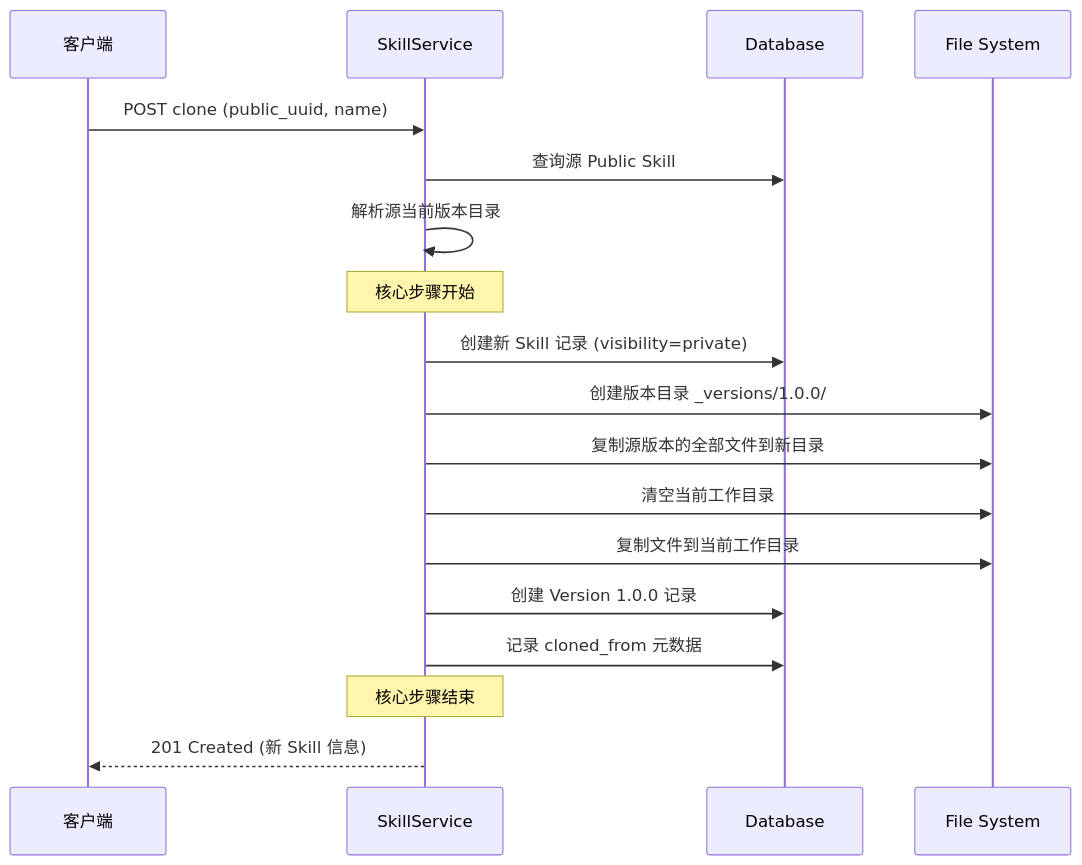
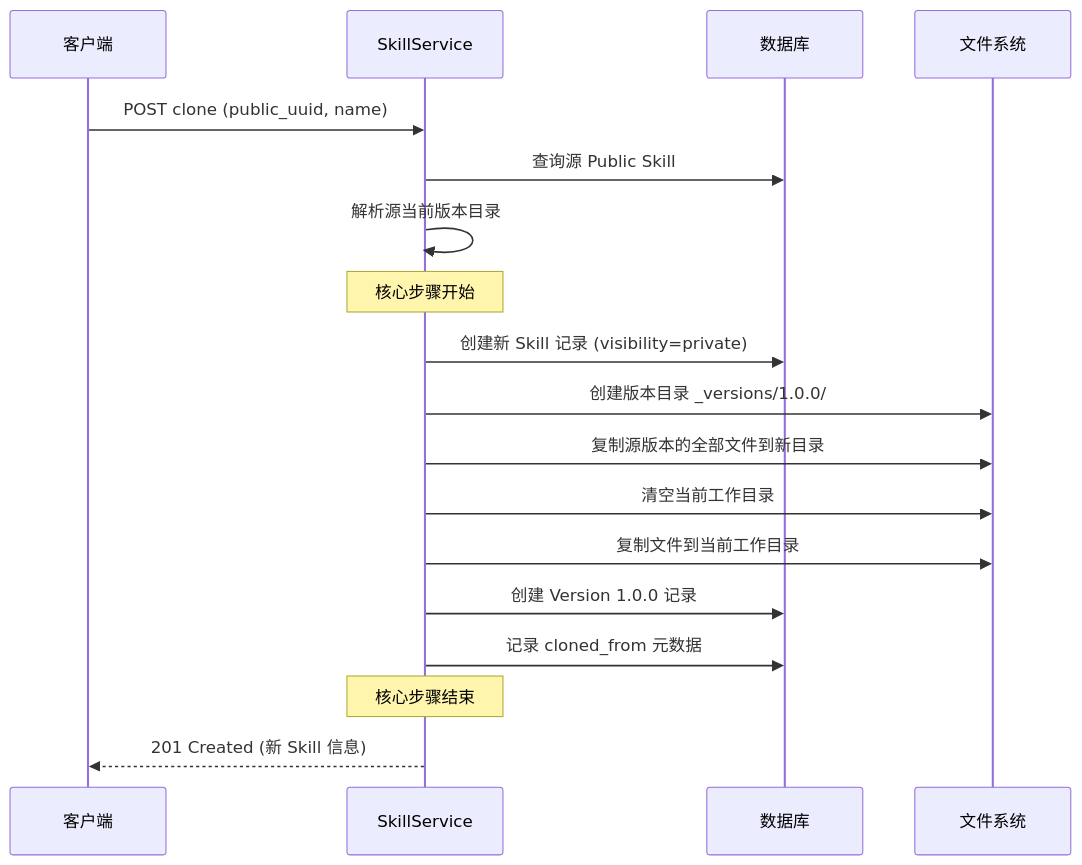
Before and after one commit to jiabai/open-skillhub: the second of 5 diagrams in technical-analysis-docs/skill-types-public-reference-clone.md, drawn with Mermaid. The commit also changed other lines of this file and 16 other files, not shown here.

````diff
--- a/technical-analysis-docs/skill-types-public-reference-clone.md
+++ b/technical-analysis-docs/skill-types-public-reference-clone.md
@@ -386,25 +255,25 @@
 ```mermaid
 sequenceDiagram
     participant C as 客户端
     participant S as SkillService
-    participant DB as Database
-    participant FS as File System
+    participant DB as 数据库
+    participant FS as 文件系统
 
     C->>S: POST clone (public_uuid, name)
     S->>DB: 查询源 Public Skill
     S->>S: 解析源当前版本目录
-    
+
     Note over S: 核心步骤开始
-    
+
     S->>DB: 创建新 Skill 记录 (visibility=private)
     S->>FS: 创建版本目录 _versions/1.0.0/
     S->>FS: 复制源版本的全部文件到新目录
     S->>FS: 清空当前工作目录
     S->>FS: 复制文件到当前工作目录
     S->>DB: 创建 Version 1.0.0 记录
     S->>DB: 记录 cloned_from 元数据
-    
+
     Note over S: 核心步骤结束
-    
+
     S-->>C: 201 Created (新 Skill 信息)
 ```
````
